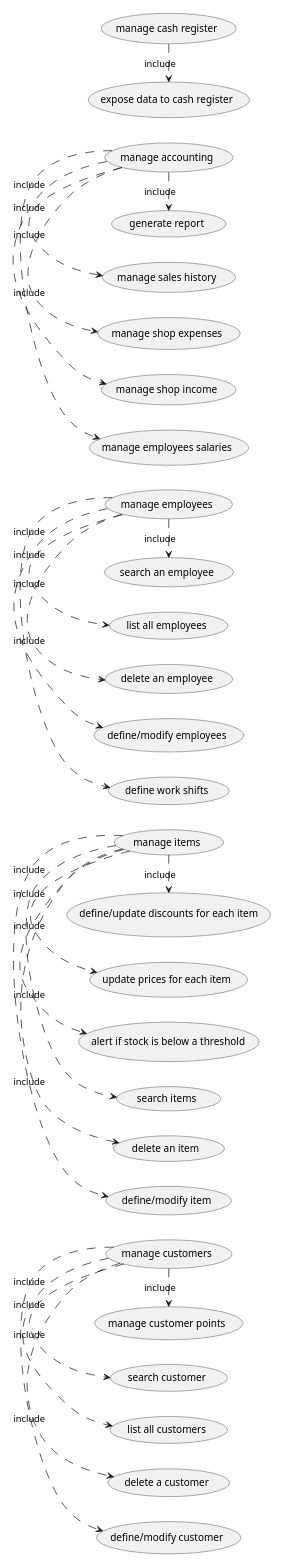
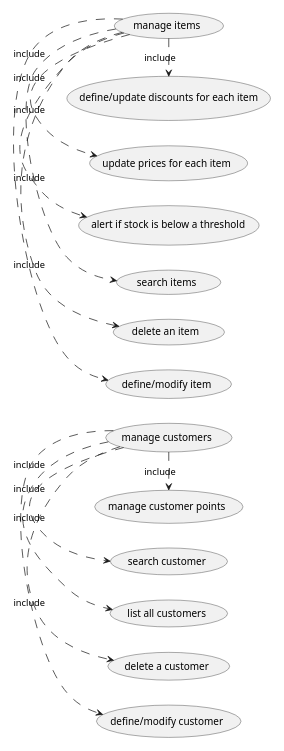
The third of 6 diagrams in Deliverables/RequirementsDocument.md (djemar/softeng_ezshop), drawn with PlantUML before and after one commit. The commit also changed other lines of this file, not shown here.

Commit message:
update use case diagram

````diff
--- a/Deliverables/RequirementsDocument.md
+++ b/Deliverables/RequirementsDocument.md
@@ -223,29 +226,17 @@
 ```plantuml
 
 left to right direction
 scale 225 width
 
 (manage customers) .> (define/modify customer) : include
 (manage customers) .> (delete a customer) : include
 (manage customers) .> (list all customers) : include
 (manage customers) .> (search customer) : include
 (manage customers) .> (manage customer points) : include
 (manage items) .> (define/modify item) : include
 (manage items) .> (delete an item ) : include
 (manage items) .> (search items) : include
 (manage items) .> (alert if stock is below a threshold) : include
 (manage items) .> (update prices for each item) : include
 (manage items) .> (define/update discounts for each item) : include
-(manage employees) .> (define work shifts) : include
-(manage employees) .> (define/modify employees) : include
-(manage employees) .> (delete an employee) : include
-(manage employees) .> (list all employees) : include
-(manage employees) .> (search an employee) : include
-(manage accounting) .> (manage employees salaries) : include
-(manage accounting) .> (manage shop income) : include
-(manage accounting) .> (manage shop expenses) : include
-(manage accounting) .> (manage sales history) : include
-(manage accounting) .> (generate report) : include
-(manage cash register) .> (expose data to cash register) : include
-
 ```
````
